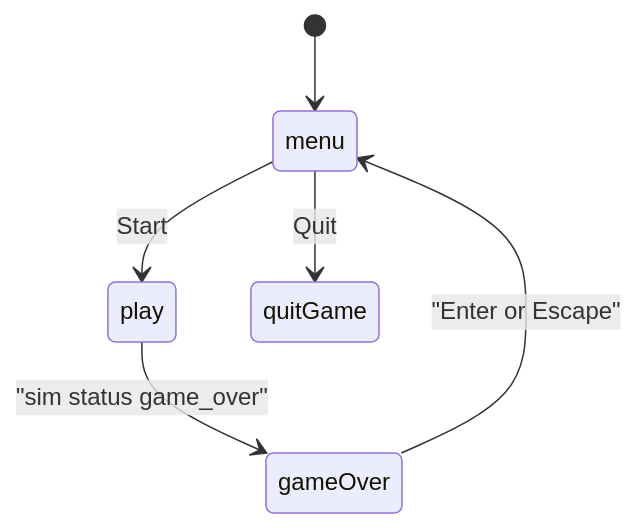
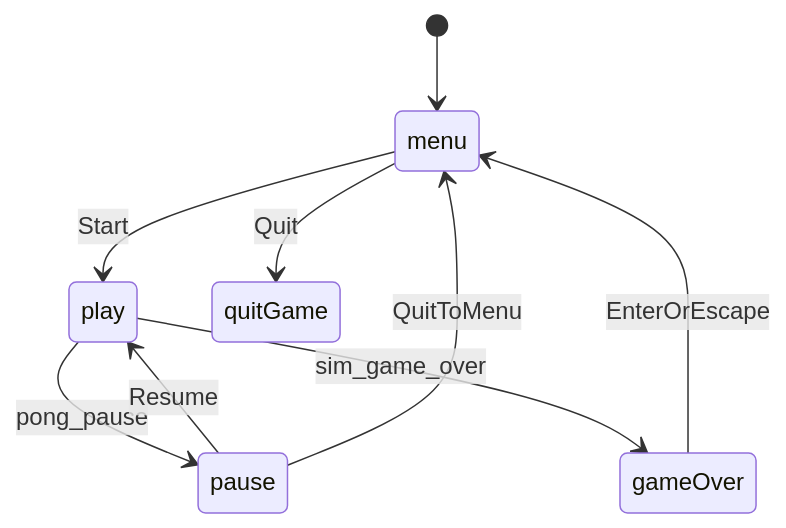
Before and after one commit to kblaszki/godot-game: the first of 2 diagrams in games/pong/docs/explanation/flow.md, drawn with Mermaid. The commit also changed other lines of this file and 11 other files, not shown here.

First line of the commit message:
Add layered pause overlay and pong InputMap.

````diff
--- a/games/pong/docs/explanation/flow.md
+++ b/games/pong/docs/explanation/flow.md
@@ -32,8 +38,11 @@
 ```mermaid
 stateDiagram-v2
   [*] --> menu
   menu --> play: Start
-  play --> gameOver: "sim status game_over"
-  gameOver --> menu: "Enter or Escape"
+  play --> pause: pong_pause
+  pause --> play: Resume
+  pause --> menu: QuitToMenu
+  play --> gameOver: sim_game_over
+  gameOver --> menu: EnterOrEscape
   menu --> quitGame: Quit
 ```
````
